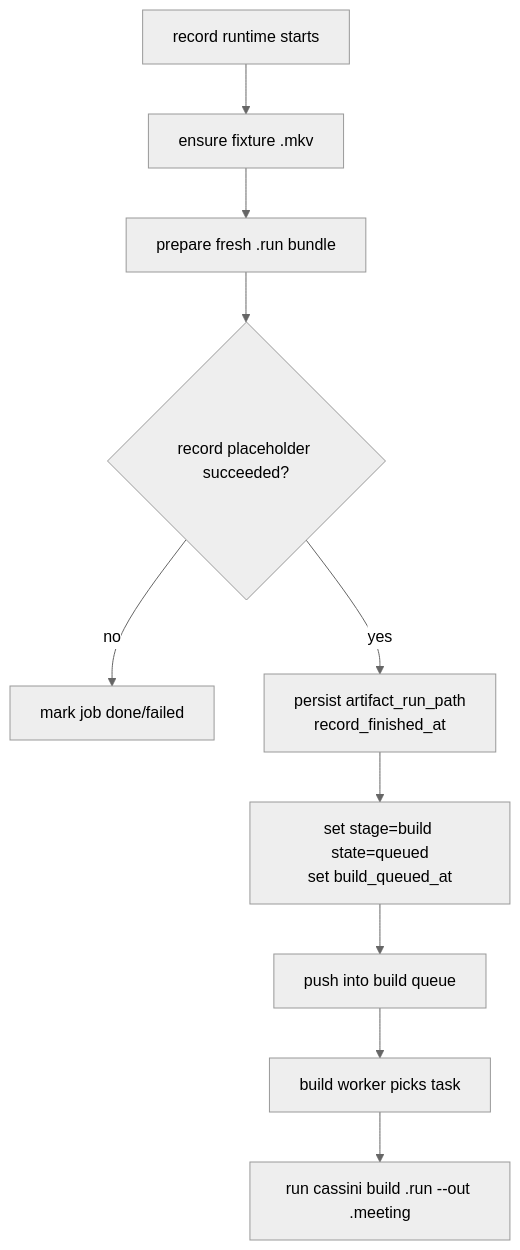
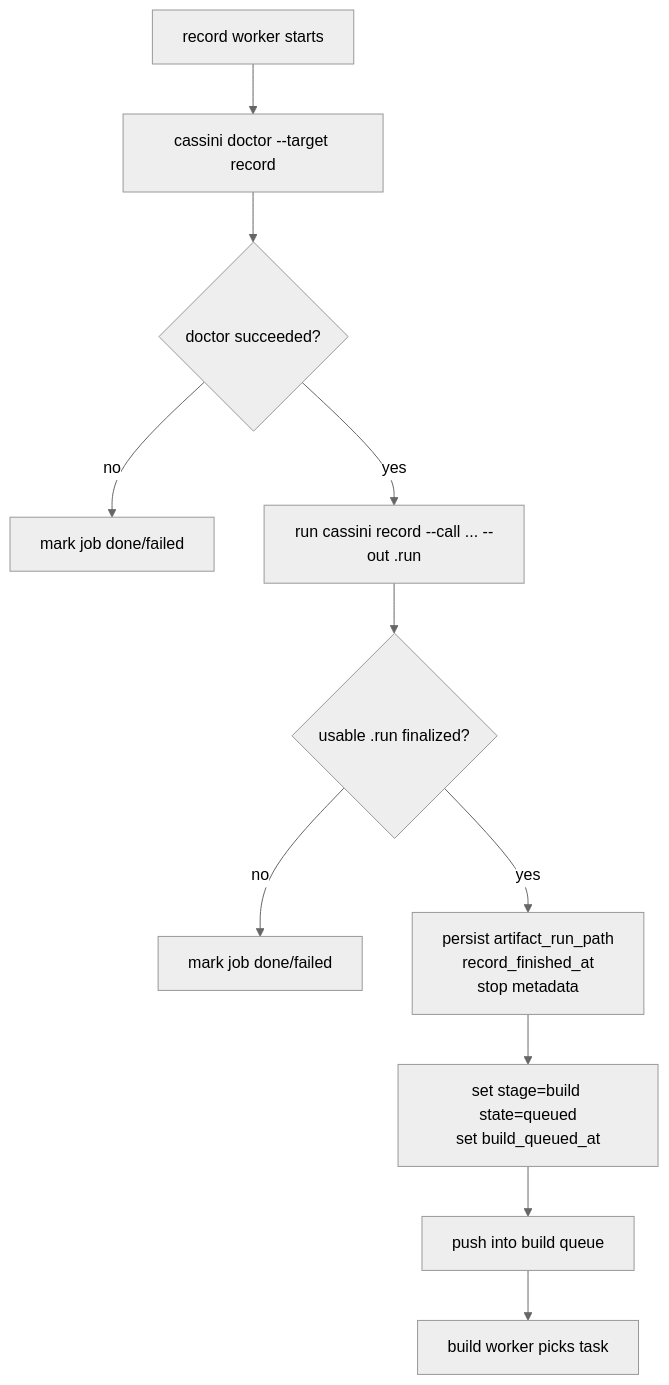
One commit to codemyriad/gocassini changed the fourth of 6 diagrams in cassini-operator/README.md. Above: the diagram before and after it, drawn with Mermaid (neutral theme). The commit also changed other lines of this file and 2 other files, not shown here.

````diff
--- a/cassini-operator/README.md
+++ b/cassini-operator/README.md
@@ -104,12 +112,13 @@
 ```mermaid
 flowchart TD
-  A["record runtime starts"] --> B["ensure fixture .mkv"]
-  B --> C["prepare fresh .run bundle"]
-  C --> D{"record placeholder succeeded?"}
-  D -->|no| E["mark job done/failed"]
-  D -->|yes| F["persist artifact_run_path\nrecord_finished_at"]
-  F --> G["set stage=build state=queued\nset build_queued_at"]
-  G --> H["push into build queue"]
-  H --> I["build worker picks task"]
-  I --> J["run cassini build <job>.run --out <job>.meeting"]
+  A["record worker starts"] --> B["cassini doctor --target record"]
+  B --> C{"doctor succeeded?"}
+  C -->|no| D["mark job done/failed"]
+  C -->|yes| E["run cassini record --call ... --out <job>.run"]
+  E --> F{"usable .run finalized?"}
+  F -->|no| G["mark job done/failed"]
+  F -->|yes| H["persist artifact_run_path\nrecord_finished_at\nstop metadata"]
+  H --> I["set stage=build state=queued\nset build_queued_at"]
+  I --> J["push into build queue"]
+  J --> K["build worker picks task"]
 ```
````
